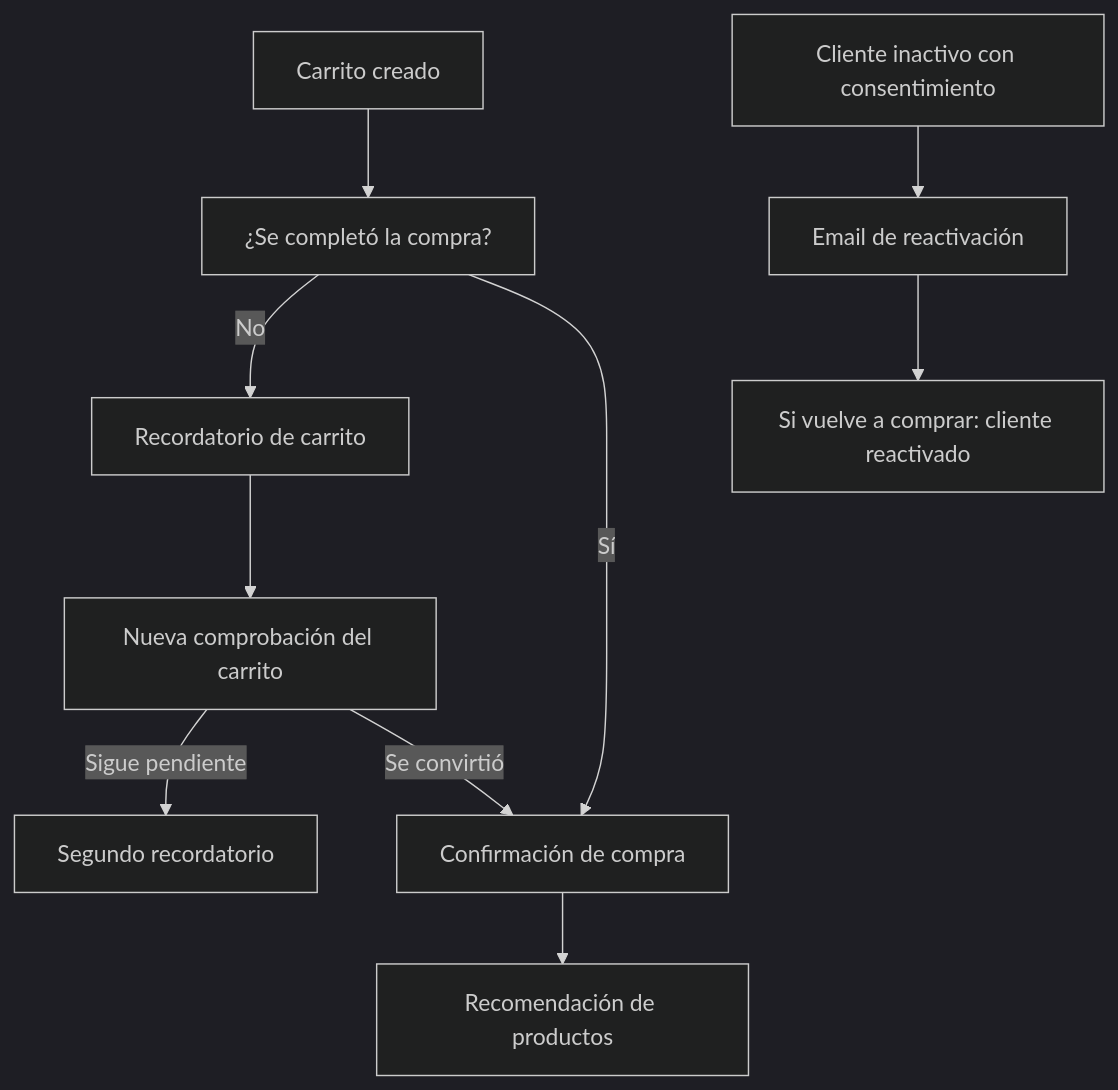
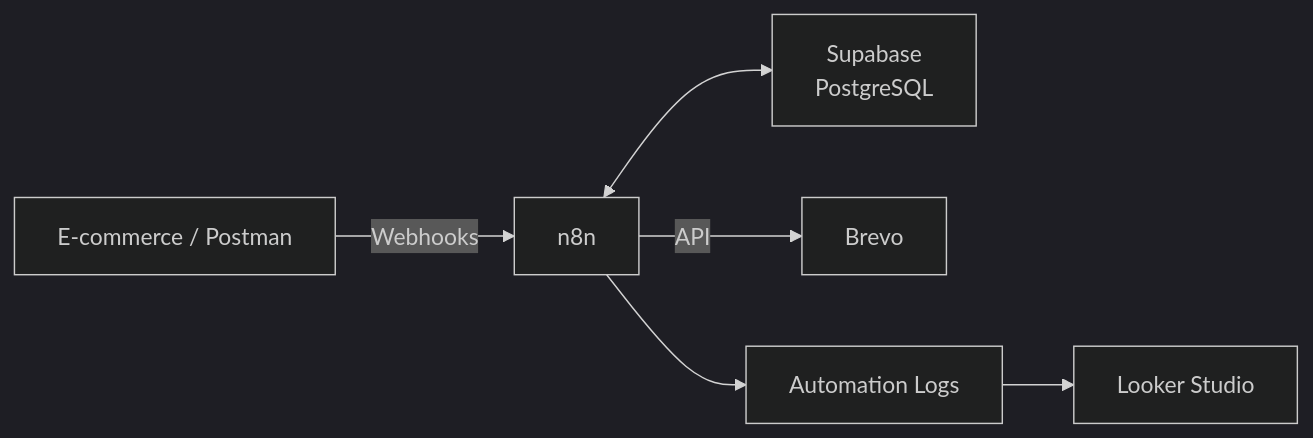
Before and after one commit to Ana-FB/ecommerce-lifecycle-automation-: the diagram in README.md, drawn with Mermaid (dark theme). The commit also changed other lines of this file, not shown here.

First line of the commit message:
Revise README for e-commerce automation demo

````diff
--- a/README.md
+++ b/README.md
@@ -26,12 +28,8 @@
 ```mermaid
-flowchart TD
-    A["Carrito creado"] --> B["¿Se completó la compra?"]
-    B -->|No| C["Recordatorio de carrito"]
-    B -->|Sí| D["Confirmación de compra"]
-    C --> E["Nueva comprobación del carrito"]
-    E -->|Sigue pendiente| F["Segundo recordatorio"]
-    E -->|Se convirtió| D
-    D --> G["Recomendación de productos"]
-    H["Cliente inactivo con consentimiento"] --> I["Email de reactivación"]
-    I --> J["Si vuelve a comprar: cliente reactivado"]
+flowchart LR
+    A["E-commerce / Postman"] -->|Webhooks| B["n8n"]
+    B <--> C["Supabase<br/>PostgreSQL"]
+    B -->|API| D["Brevo"]
+    B --> E["Automation Logs"]
+    E --> F["Looker Studio"]
 ```
````
